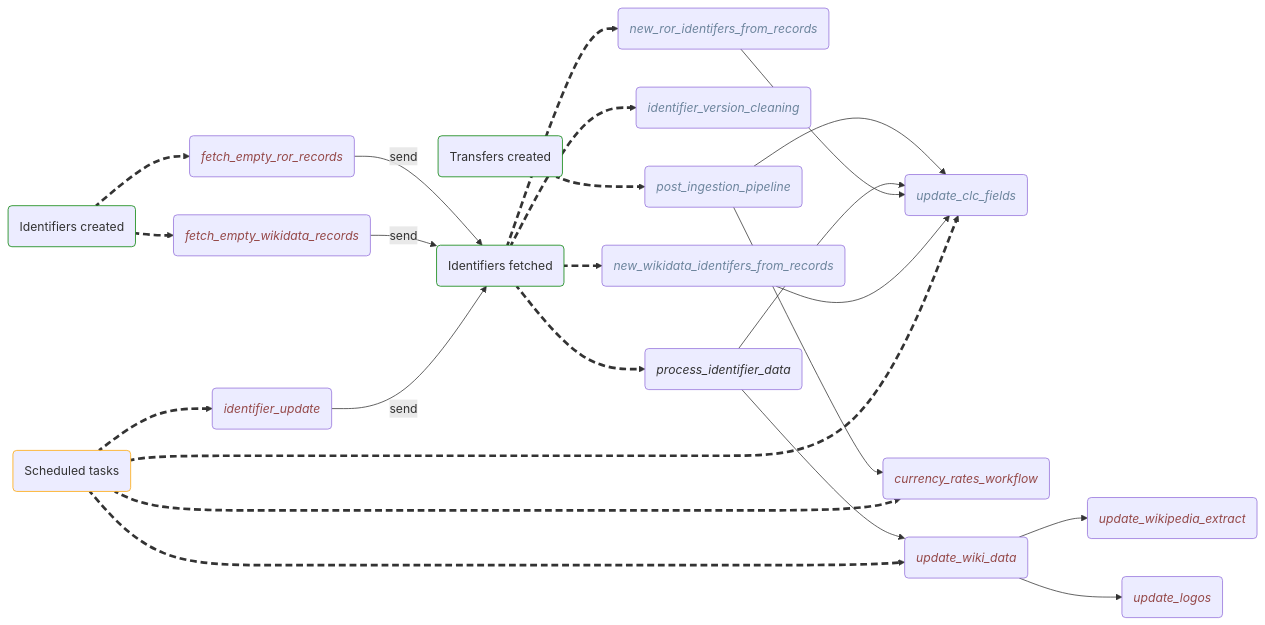
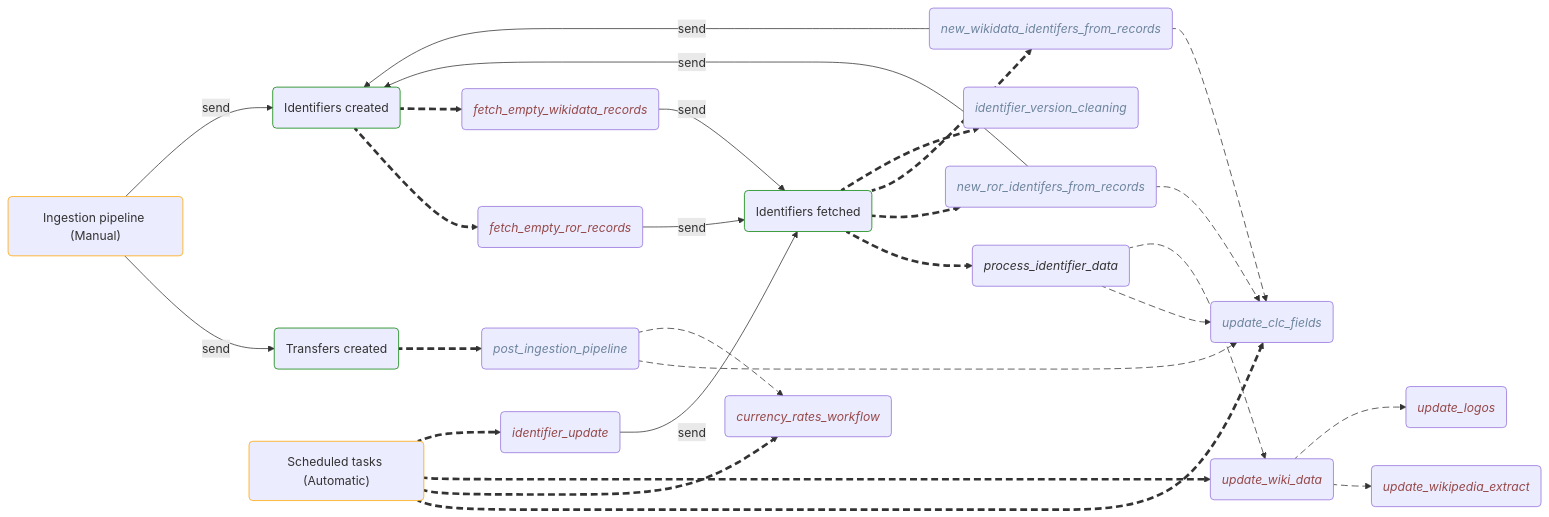
The fourth of 4 diagrams in backend/tsosi/README.md (tsosi-org/tsosi-app), drawn with Mermaid before and after one commit. The commit also changed other lines of this file and 4 other files, not shown here.

````diff
--- a/backend/tsosi/README.md
+++ b/backend/tsosi/README.md
@@ -210,7 +249,8 @@
     B("Identifiers created")
     C("Identifiers fetched")
 
-    OTHER("Scheduled tasks")
+    TRIGGER_1("Scheduled tasks (Automatic)")
+    TRIGGER_2("Ingestion pipeline (Manual)")
 
     Ta("post_ingestion_pipeline")
     Tb("update_clc_fields")
@@ -231,11 +271,14 @@
 
 
     Tz("identifier_update")
+    
 
-
+    TRIGGER_2 -- send --> A
+    TRIGGER_2 -- send --> B
+    
     A a1@==> Ta
-    Ta --> Tb
-    Ta --> Tc
+    Ta a18@--> Tb
+    Ta a19@--> Tc
 
     B a2@==> Td
     B a3@==> Te
@@ -243,33 +286,37 @@
     Td -- send --> C
     Te -- send --> C
 
-    Tg --> Tb
-    Tg --> Th
+    Tg a12@--> Tb
+    Tg a13@--> Th
 
-    Th --> Ti
-    Th --> Tj
+    Th a14@--> Ti
+    Th a15@--> Tj
 
-    Tk --> Tb
-    Tl --> Tb
+    Tk a16@--> Tb
+    Tl a17@--> Tb
+
+    Tk -- send --> B
+    Tl -- send --> B
 
     Tz -- send --> C
+
     C a4@==> Tg
     C a5@==> Tk
     C a6@==> Tl
     C a7@==> Tf
 
 
-    OTHER a8@==> Tb
-    OTHER a9@==> Tc
-    OTHER a10@==> Th
-    OTHER a11@==> Tz
+    TRIGGER_1 a8@==> Tb
+    TRIGGER_1 a9@==> Tc
+    TRIGGER_1 a10@==> Th
+    TRIGGER_1 a11@==> Tz
 
 
     classDef signals stroke:green;
     class A,B,C signals
 
     classDef scheduled stroke:orange:
-    class OTHER scheduled
+    class TRIGGER_1,TRIGGER_2 scheduled
 
     classDef task font\-style:italic;
     class Ta,Tb,Tc,Td,Te,Tf,Tg,Th,Ti,Tj,Tk,Tl,Tm,Tn,To,Tp,Tq,Tr,Ts,Tt,Tu,Tv,Tw,Tx,Ty,Tz task;
@@ -283,5 +330,5 @@
     
 
     classDef animate stroke-dasharray: 9\,5,stroke-dashoffset: 900,animation: dash 25s linear infinite;
-    class a1,a2,a3,a4,a5,a6,a7,a8,a9,a10,a11,a12 animate;
+    class a1,a2,a3,a4,a5,a6,a7,a8,a9,a10,a11,a12,a13,a14,a15,a16,a17,a18,a19 animate;
 ```
````
